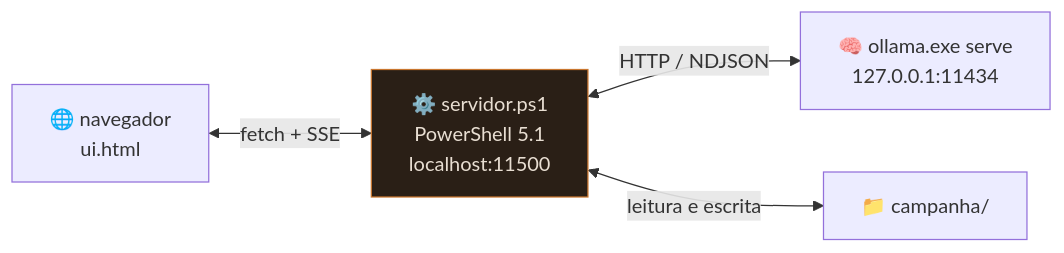
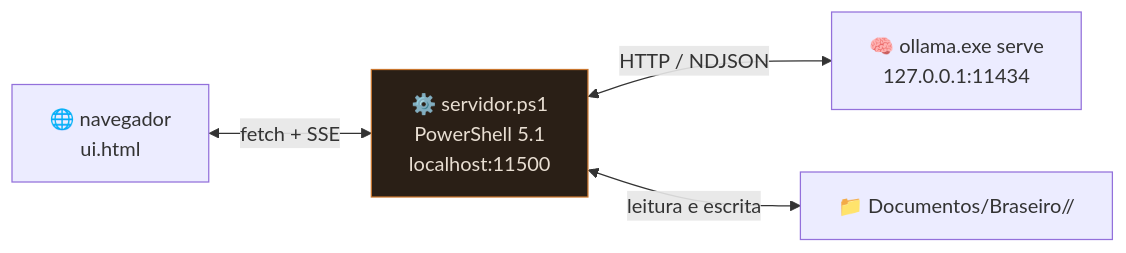
The first of 2 diagrams in docs/arquitetura.md (madeiragab/braseiro), drawn with Mermaid before and after one commit. The commit also changed other lines of this file and 15 other files, not shown here.

````diff
--- a/docs/arquitetura.md
+++ b/docs/arquitetura.md
@@ -7,13 +7,13 @@
 ```mermaid
 flowchart LR
     N["🌐 navegador<br/>ui.html"]
     S["⚙️ servidor.ps1<br/>PowerShell 5.1<br/>localhost:11500"]
     O["🧠 ollama.exe serve<br/>127.0.0.1:11434"]
-    D["📁 campanha/"]
+    D["📁 Documentos/Braseiro/<campanha>/"]
 
     N <-->|"fetch + SSE"| S
     S <-->|"HTTP / NDJSON"| O
     S <-->|"leitura e escrita"| D
 
     style S fill:#2a1f16,stroke:#c9762f,color:#e8ded2
 ```
````
